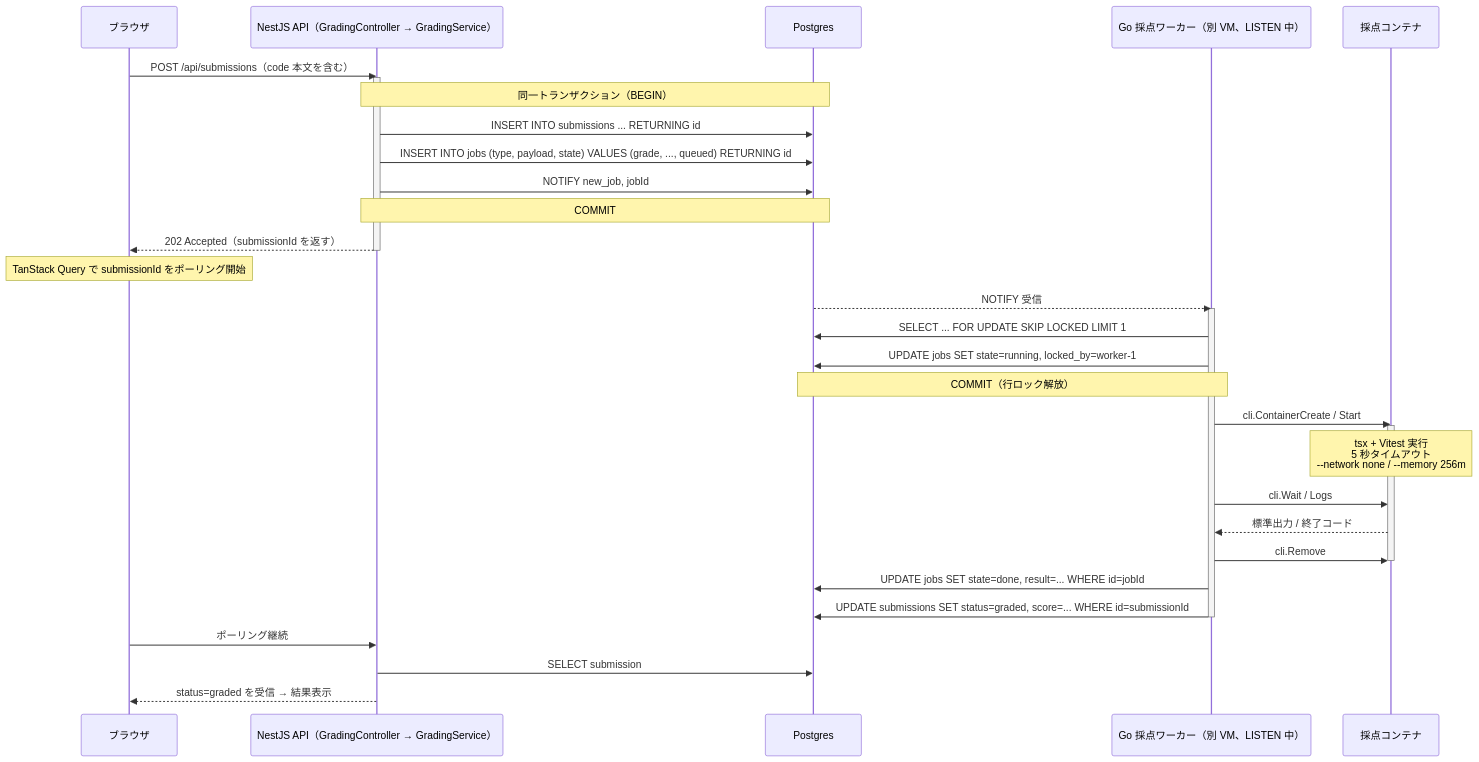
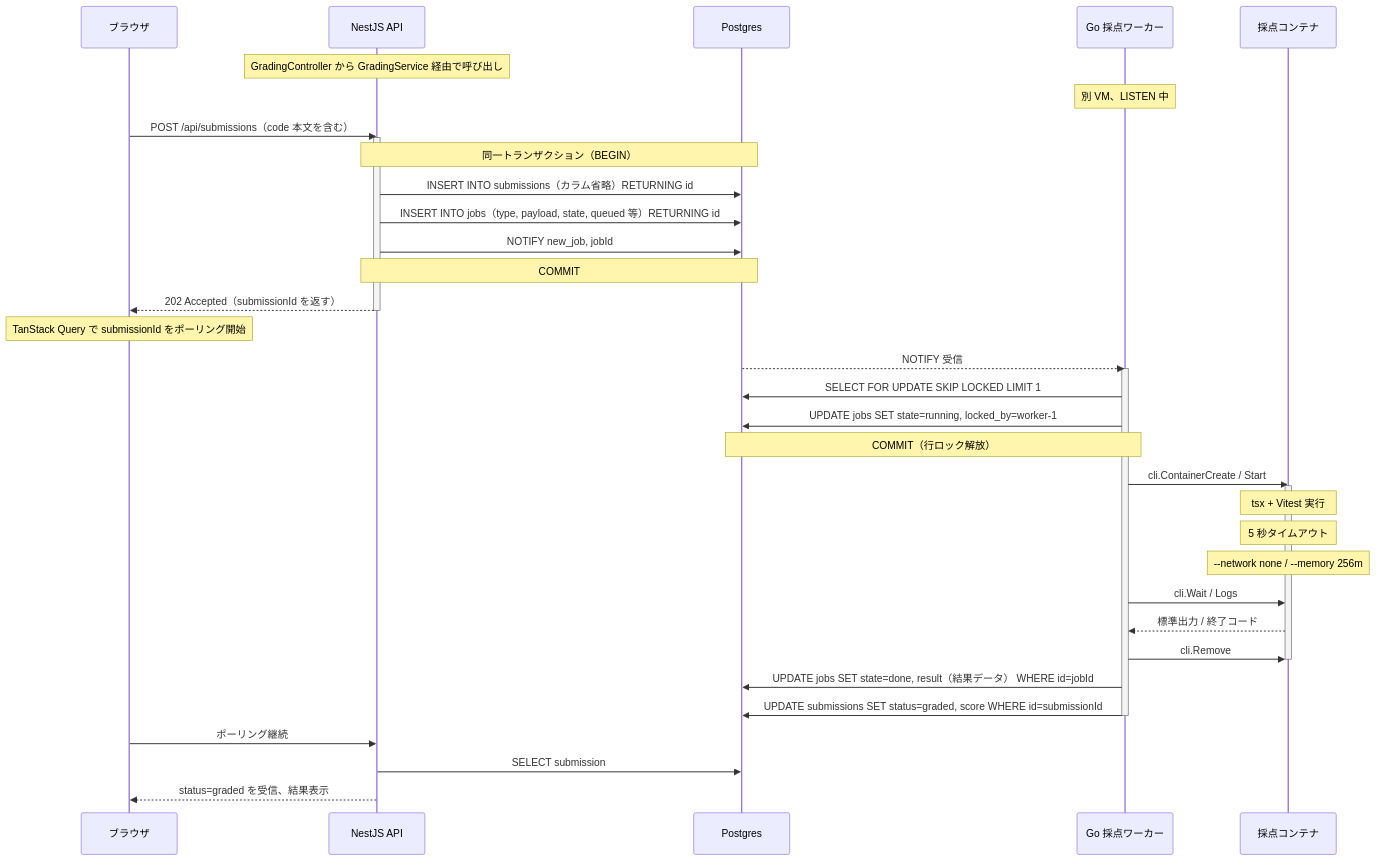
Before and after one commit to yzanbo/ai-coding-drill: the second of 2 diagrams in SYSTEM_OVERVIEW.md, drawn with Mermaid. The commit also changed other lines of this file and 2 other files, not shown here.

Commit message:
fix(docs): SYSTEM_OVERVIEW の Mermaid レンダリングを修正し ADR 件数表記を SSoT 化
PR #20 でマージ後に SYSTEM_OVERVIEW の Mermaid 図がうまく表示されなかった
問題を修正。sequenceDiagram の participant alias 内の矢印（→）がメッセージ
矢印と誤認される件、Note 内の <br/> がパーサ依存の件、メッセージ内の ...
省略記号がパース事故を起こす件をいずれも平文化。flowchart のエッジラベル
<br/> と全角空白 indent も撤去し、レンダリング安定性を上げた。

あわせて README/CONTRIBUTING の ADR 件数表記（5 + 1 箇所の「31 本」）を
撤去し、件数の正は docs/adr/README.md のみとする方針に統一した。これに
より ADR が増えるたびに複数ファイルを更新する負担と表記揺れリスクを解消。

````diff
--- a/SYSTEM_OVERVIEW.md
+++ b/SYSTEM_OVERVIEW.md
@@ -101,42 +101,47 @@
 ```mermaid
 sequenceDiagram
     participant Browser as ブラウザ
-    participant API as NestJS API（GradingController → GradingService）
+    participant API as NestJS API
     participant DB as Postgres
-    participant Worker as Go 採点ワーカー（別 VM、LISTEN 中）
+    participant Worker as Go 採点ワーカー
     participant Sandbox as 採点コンテナ
+
+    Note over API: GradingController から GradingService 経由で呼び出し
+    Note over Worker: 別 VM、LISTEN 中
 
     Browser->>API: POST /api/submissions（code 本文を含む）
     activate API
     Note over API,DB: 同一トランザクション（BEGIN）
-    API->>DB: INSERT INTO submissions ... RETURNING id
-    API->>DB: INSERT INTO jobs (type, payload, state) VALUES (grade, ..., queued) RETURNING id
+    API->>DB: INSERT INTO submissions（カラム省略）RETURNING id
+    API->>DB: INSERT INTO jobs（type, payload, state, queued 等）RETURNING id
     API->>DB: NOTIFY new_job, jobId
     Note over API,DB: COMMIT
     API-->>Browser: 202 Accepted（submissionId を返す）
     deactivate API
 
     Note over Browser: TanStack Query で submissionId をポーリング開始
 
     DB-->>Worker: NOTIFY 受信
     activate Worker
-    Worker->>DB: SELECT ... FOR UPDATE SKIP LOCKED LIMIT 1
+    Worker->>DB: SELECT FOR UPDATE SKIP LOCKED LIMIT 1
     Worker->>DB: UPDATE jobs SET state=running, locked_by=worker-1
     Note over Worker,DB: COMMIT（行ロック解放）
 
     Worker->>Sandbox: cli.ContainerCreate / Start
     activate Sandbox
-    Note over Sandbox: tsx + Vitest 実行<br/>5 秒タイムアウト<br/>--network none / --memory 256m
+    Note over Sandbox: tsx + Vitest 実行
+    Note over Sandbox: 5 秒タイムアウト
+    Note over Sandbox: --network none / --memory 256m
     Worker->>Sandbox: cli.Wait / Logs
     Sandbox-->>Worker: 標準出力 / 終了コード
     Worker->>Sandbox: cli.Remove
     deactivate Sandbox
 
-    Worker->>DB: UPDATE jobs SET state=done, result=... WHERE id=jobId
-    Worker->>DB: UPDATE submissions SET status=graded, score=... WHERE id=submissionId
+    Worker->>DB: UPDATE jobs SET state=done, result（結果データ） WHERE id=jobId
+    Worker->>DB: UPDATE submissions SET status=graded, score WHERE id=submissionId
     deactivate Worker
 
     Browser->>API: ポーリング継続
     API->>DB: SELECT submission
-    API-->>Browser: status=graded を受信 → 結果表示
+    API-->>Browser: status=graded を受信、結果表示
 ```
````
